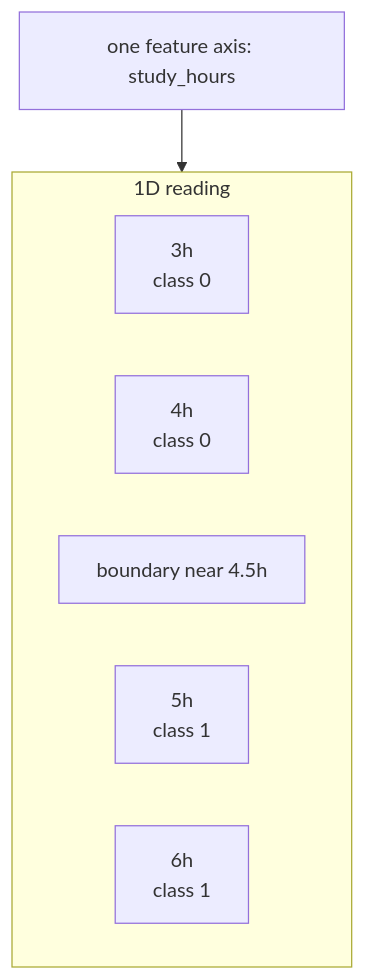
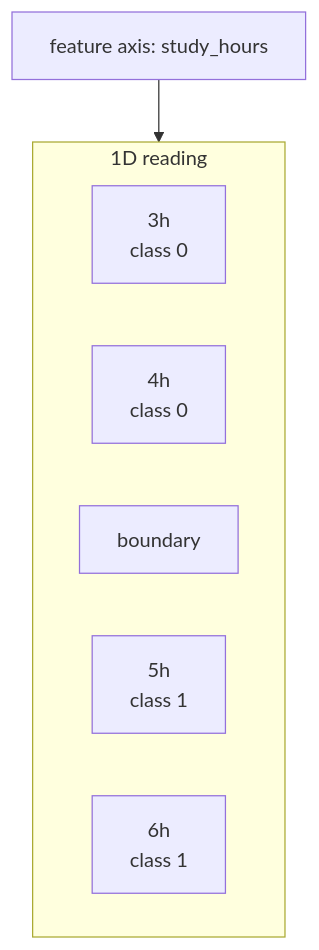
One commit to devchan64/AiBook changed the first of 4 diagrams in docs/parts/part-04/chapter-11/section-02.md. Above: the diagram before and after it, drawn with Mermaid. The commit also changed other lines of this file and 8 other files, not shown here.

````diff
--- a/docs/parts/part-04/chapter-11/section-02.md
+++ b/docs/parts/part-04/chapter-11/section-02.md
@@ -131,14 +133,14 @@
 ```mermaid
 flowchart TD
-  T["one feature axis: study_hours"]
+  T["feature axis: study_hours"]
   T --> A
 
   subgraph A["1D reading"]
     direction LR
     L1["3h<br/>class 0"]
     L2["4h<br/>class 0"]
-    B["boundary near 4.5h"]
+    B["boundary"]
     R1["5h<br/>class 1"]
     R2["6h<br/>class 1"]
   end
 ```
````
